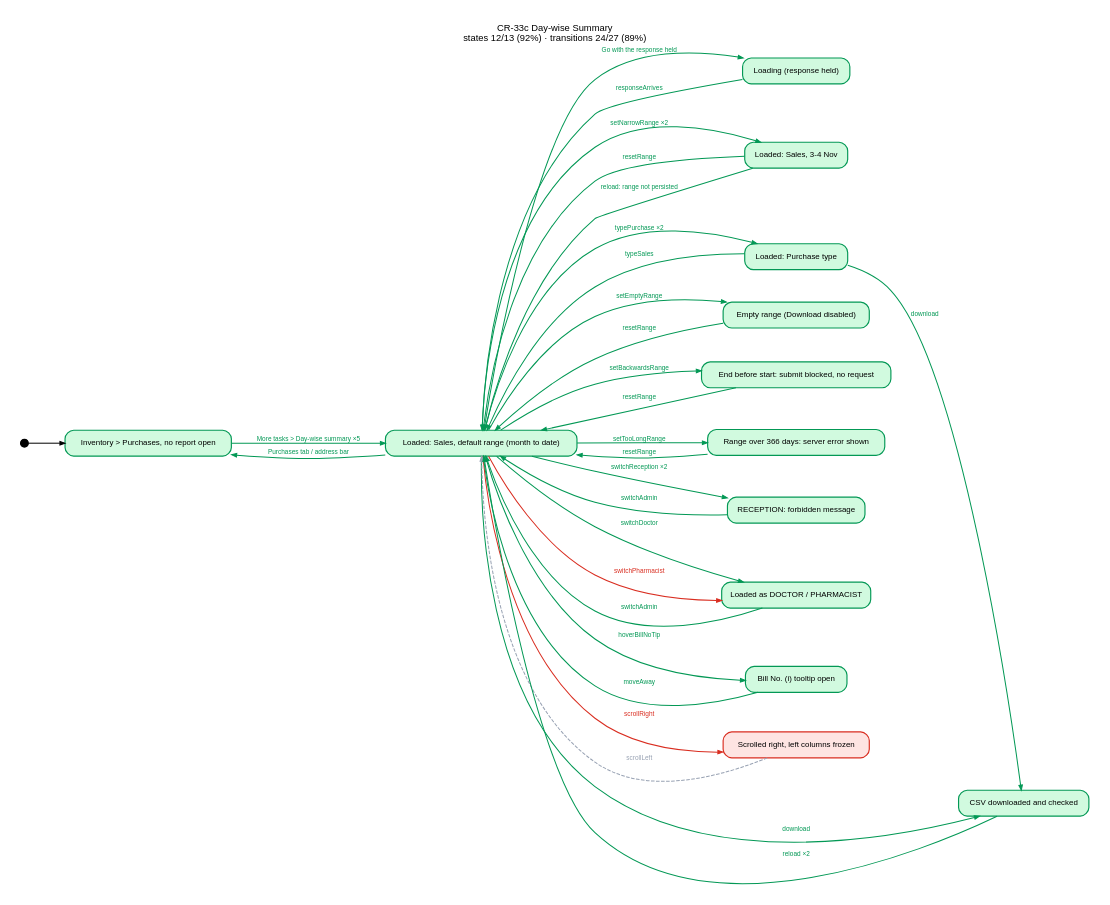
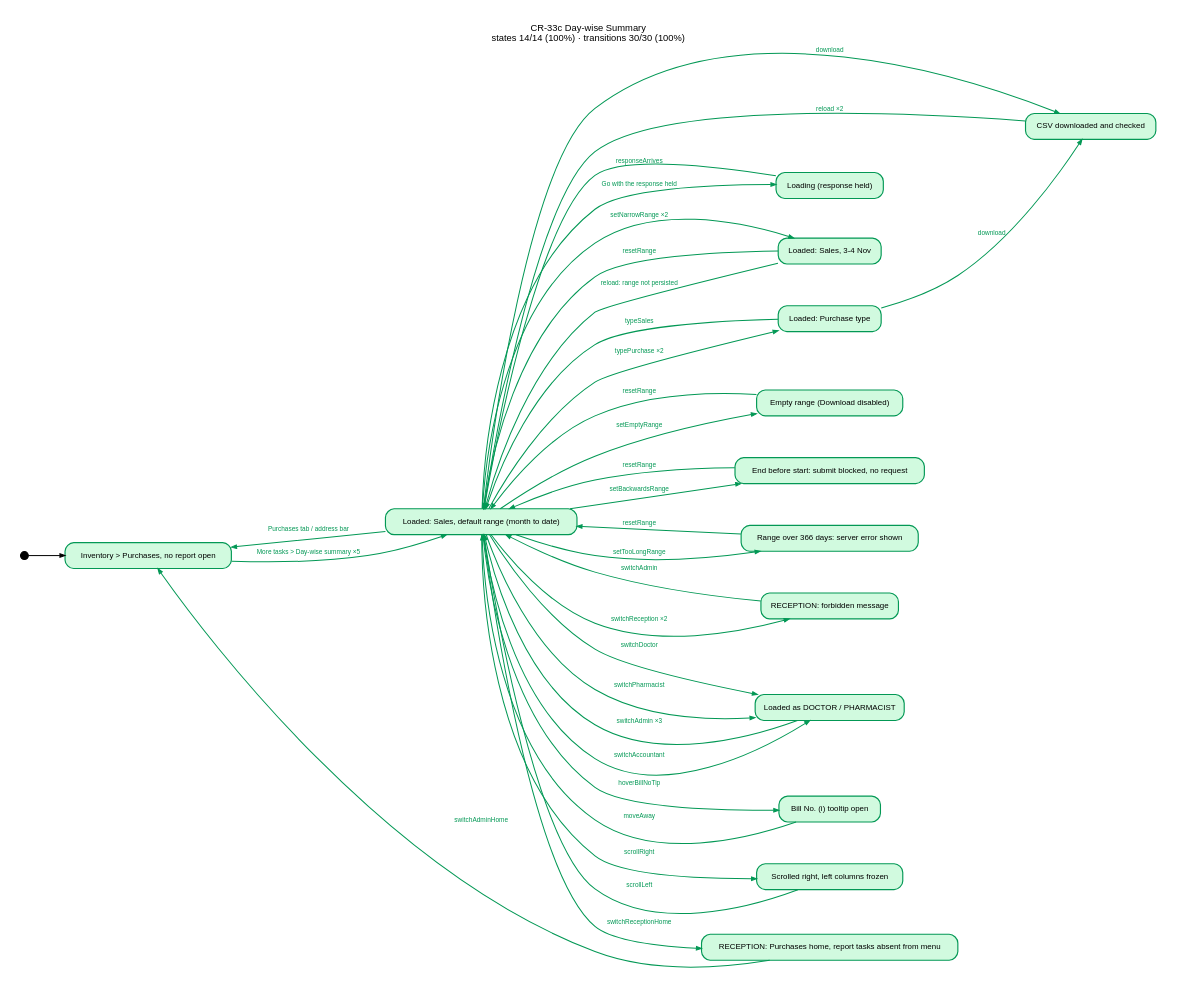
Before and after one commit to nareshshah139/Clinic_Management_System: the diagram in verification/cr-state-coverage-2026-11-07/results/cr33c-day-wise-summary.dot, drawn with Graphviz. The commit also changed 11 other files, not shown here.

First line of the commit message:
Verify CR-33c day-wise summary and CR-33d item margin: models, fixture, phone pass, results

```diff
--- a/verification/cr-state-coverage-2026-11-07/results/cr33c-day-wise-summary.dot
+++ b/verification/cr-state-coverage-2026-11-07/results/cr33c-day-wise-summary.dot
@@ -1,47 +1,51 @@
 digraph "cr33c-day-wise-summary" {
-  graph [rankdir=LR, fontname="Helvetica", fontsize=13, labelloc=t, label="CR-33c Day-wise Summary\nstates 12/13 (92%) · transitions 24/27 (89%)", pad=0.3, nodesep=0.45, ranksep=0.7];
+  graph [rankdir=LR, fontname="Helvetica", fontsize=13, labelloc=t, label="CR-33c Day-wise Summary\nstates 14/14 (100%) · transitions 30/30 (100%)", pad=0.3, nodesep=0.45, ranksep=0.7];
   node [shape=box, style="rounded,filled", fontname="Helvetica", fontsize=11, penwidth=1.6];
   edge [fontname="Helvetica", fontsize=9, penwidth=1.4, arrowsize=0.7];
   __start [shape=point, width=0.15, label=""];
   __start -> "PurchasesHome";
   "PurchasesHome" [label="Inventory > Purchases, no report open", fillcolor="#d1fadf", color="#039855"];
   "Loaded" [label="Loaded: Sales, default range (month to date)", fillcolor="#d1fadf", color="#039855"];
   "Loading" [label="Loading (response held)", fillcolor="#d1fadf", color="#039855"];
   "LoadedRange" [label="Loaded: Sales, 3-4 Nov", fillcolor="#d1fadf", color="#039855"];
   "LoadedPurchase" [label="Loaded: Purchase type", fillcolor="#d1fadf", color="#039855"];
   "Empty" [label="Empty range (Download disabled)", fillcolor="#d1fadf", color="#039855"];
   "InvalidBlocked" [label="End before start: submit blocked, no request", fillcolor="#d1fadf", color="#039855"];
   "ErrorRange" [label="Range over 366 days: server error shown", fillcolor="#d1fadf", color="#039855"];
   "Forbidden" [label="RECEPTION: forbidden message", fillcolor="#d1fadf", color="#039855"];
+  "HomeNoReportTasks" [label="RECEPTION: Purchases home, report tasks absent from menu", fillcolor="#d1fadf", color="#039855"];
   "LoadedOtherRole" [label="Loaded as DOCTOR / PHARMACIST", fillcolor="#d1fadf", color="#039855"];
   "TooltipOpen" [label="Bill No. (i) tooltip open", fillcolor="#d1fadf", color="#039855"];
-  "ScrolledRight" [label="Scrolled right, left columns frozen", fillcolor="#fee4e2", color="#d92d20"];
+  "ScrolledRight" [label="Scrolled right, left columns frozen", fillcolor="#d1fadf", color="#039855"];
   "Downloaded" [label="CSV downloaded and checked", fillcolor="#d1fadf", color="#039855"];
   "PurchasesHome" -> "Loaded" [label="More tasks > Day-wise summary ×5", color="#039855", fontcolor="#039855", style=solid];
   "Loaded" -> "PurchasesHome" [label="Purchases tab / address bar", color="#039855", fontcolor="#039855", style=solid];
   "Loaded" -> "Loading" [label="Go with the response held", color="#039855", fontcolor="#039855", style=solid];
   "Loading" -> "Loaded" [label="responseArrives", color="#039855", fontcolor="#039855", style=solid];
   "Loaded" -> "LoadedRange" [label="setNarrowRange ×2", color="#039855", fontcolor="#039855", style=solid];
   "LoadedRange" -> "Loaded" [label="resetRange", color="#039855", fontcolor="#039855", style=solid];
   "LoadedRange" -> "Loaded" [label="reload: range not persisted", color="#039855", fontcolor="#039855", style=solid];
   "Loaded" -> "LoadedPurchase" [label="typePurchase ×2", color="#039855", fontcolor="#039855", style=solid];
   "LoadedPurchase" -> "Loaded" [label="typeSales", color="#039855", fontcolor="#039855", style=solid];
   "Loaded" -> "Empty" [label="setEmptyRange", color="#039855", fontcolor="#039855", style=solid];
   "Empty" -> "Loaded" [label="resetRange", color="#039855", fontcolor="#039855", style=solid];
   "Loaded" -> "InvalidBlocked" [label="setBackwardsRange", color="#039855", fontcolor="#039855", style=solid];
   "InvalidBlocked" -> "Loaded" [label="resetRange", color="#039855", fontcolor="#039855", style=solid];
   "Loaded" -> "ErrorRange" [label="setTooLongRange", color="#039855", fontcolor="#039855", style=solid];
   "ErrorRange" -> "Loaded" [label="resetRange", color="#039855", fontcolor="#039855", style=solid];
   "Loaded" -> "Forbidden" [label="switchReception ×2", color="#039855", fontcolor="#039855", style=solid];
   "Forbidden" -> "Loaded" [label="switchAdmin", color="#039855", fontcolor="#039855", style=solid];
+  "Loaded" -> "HomeNoReportTasks" [label="switchReceptionHome", color="#039855", fontcolor="#039855", style=solid];
+  "HomeNoReportTasks" -> "PurchasesHome" [label="switchAdminHome", color="#039855", fontcolor="#039855", style=solid];
+  "Loaded" -> "LoadedOtherRole" [label="switchAccountant", color="#039855", fontcolor="#039855", style=solid];
   "Loaded" -> "LoadedOtherRole" [label="switchDoctor", color="#039855", fontcolor="#039855", style=solid];
-  "Loaded" -> "LoadedOtherRole" [label="switchPharmacist", color="#d92d20", fontcolor="#d92d20", style=solid];
-  "LoadedOtherRole" -> "Loaded" [label="switchAdmin", color="#039855", fontcolor="#039855", style=solid];
+  "Loaded" -> "LoadedOtherRole" [label="switchPharmacist", color="#039855", fontcolor="#039855", style=solid];
+  "LoadedOtherRole" -> "Loaded" [label="switchAdmin ×3", color="#039855", fontcolor="#039855", style=solid];
   "Loaded" -> "TooltipOpen" [label="hoverBillNoTip", color="#039855", fontcolor="#039855", style=solid];
   "TooltipOpen" -> "Loaded" [label="moveAway", color="#039855", fontcolor="#039855", style=solid];
-  "Loaded" -> "ScrolledRight" [label="scrollRight", color="#d92d20", fontcolor="#d92d20", style=solid];
-  "ScrolledRight" -> "Loaded" [label="scrollLeft", color="#98a2b3", fontcolor="#98a2b3", style=dashed];
+  "Loaded" -> "ScrolledRight" [label="scrollRight", color="#039855", fontcolor="#039855", style=solid];
+  "ScrolledRight" -> "Loaded" [label="scrollLeft", color="#039855", fontcolor="#039855", style=solid];
   "Loaded" -> "Downloaded" [label="download", color="#039855", fontcolor="#039855", style=solid];
   "LoadedPurchase" -> "Downloaded" [label="download", color="#039855", fontcolor="#039855", style=solid];
   "Downloaded" -> "Loaded" [label="reload ×2", color="#039855", fontcolor="#039855", style=solid];
 }
```
